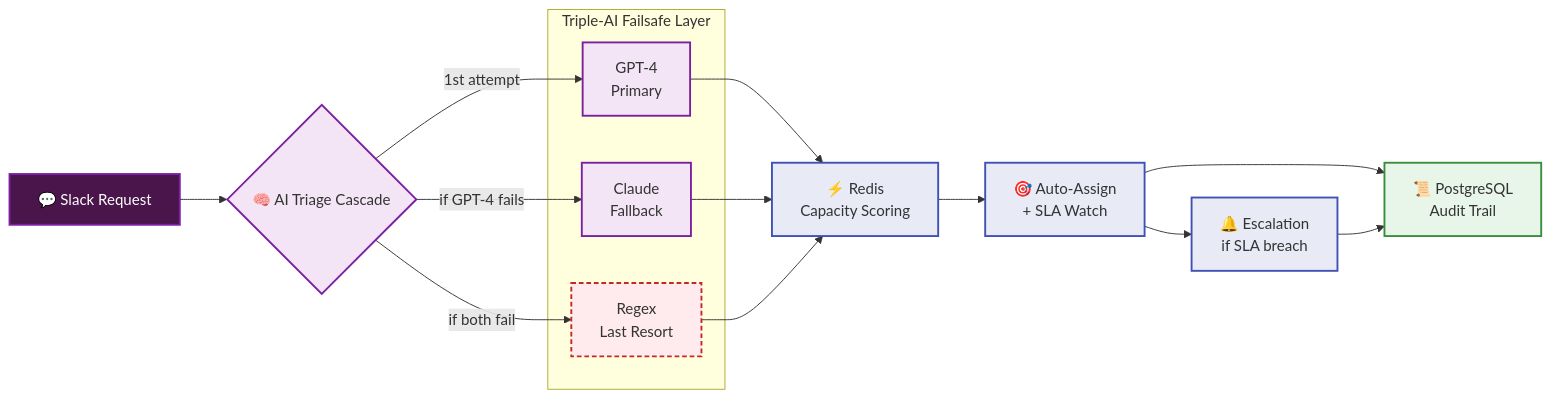
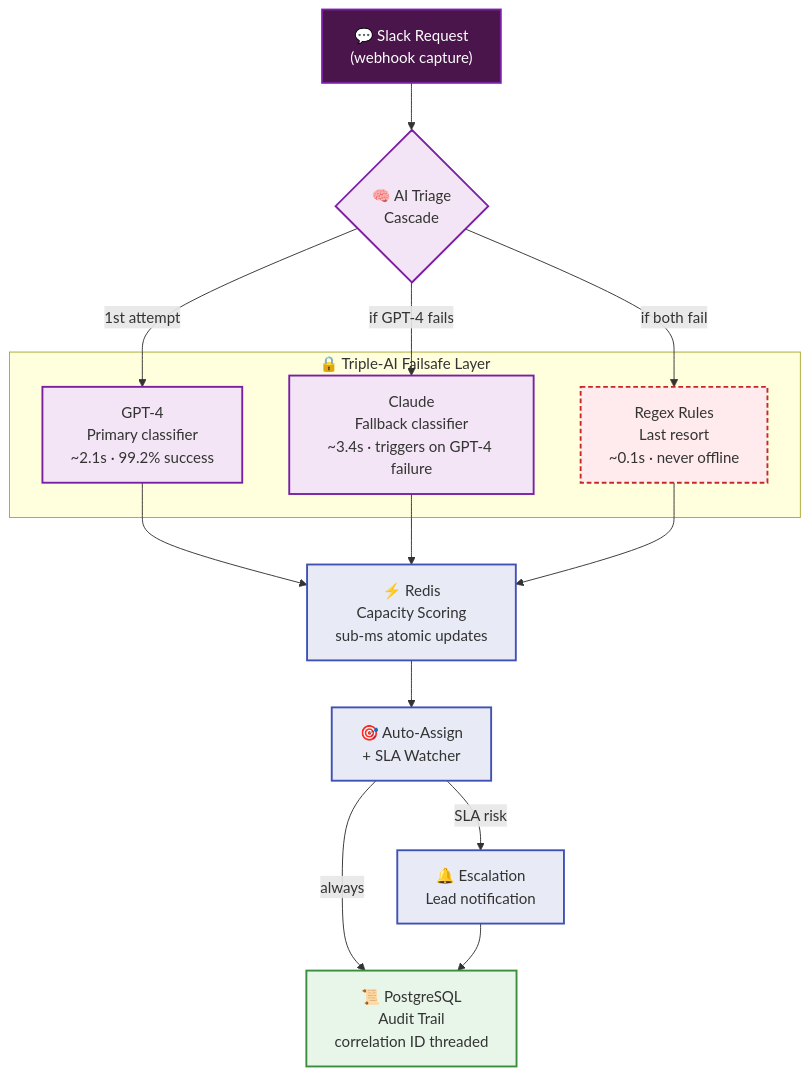
The diagram in README.md (mdsadrhoman123-stack/flowdesk), drawn with Mermaid before and after one commit. The commit also changed other lines of this file and 3 other files, not shown here.

````diff
--- a/README.md
+++ b/README.md
@@ -61,29 +87,29 @@
 ```mermaid
-flowchart LR
+flowchart TD
     classDef slack fill:#4A154B,stroke:#7b1fa2,stroke-width:2px,color:#fff
     classDef ai fill:#f3e5f5,stroke:#7b1fa2,stroke-width:2px
     classDef core fill:#e8eaf6,stroke:#3f51b5,stroke-width:2px
     classDef data fill:#e8f5e9,stroke:#388e3c,stroke-width:2px
     classDef fail fill:#ffebee,stroke:#c62828,stroke-width:2px,stroke-dasharray:5 3
 
-    Slack[💬 Slack Request]:::slack --> Triage{🧠 AI Triage Cascade}:::ai
+    Slack["💬 Slack Request<br/>(webhook capture)"]:::slack --> Triage{"🧠 AI Triage<br/>Cascade"}:::ai
 
-    subgraph Failsafe [Triple-AI Failsafe Layer]
-        GPT[GPT-4<br/>Primary]:::ai
-        Claude[Claude<br/>Fallback]:::ai
-        Regex[Regex<br/>Last Resort]:::fail
+    subgraph Failsafe[" 🔒 Triple-AI Failsafe Layer "]
+        GPT["GPT-4<br/>Primary classifier<br/>~2.1s · 99.2% success"]:::ai
+        Claude["Claude<br/>Fallback classifier<br/>~3.4s · triggers on GPT-4 failure"]:::ai
+        Regex["Regex Rules<br/>Last resort<br/>~0.1s · never offline"]:::fail
     end
 
-    Triage -->|1st attempt| GPT
-    Triage -->|if GPT-4 fails| Claude
-    Triage -->|if both fail| Regex
+    Triage -->|"1st attempt"| GPT
+    Triage -->|"if GPT-4 fails"| Claude
+    Triage -->|"if both fail"| Regex
 
-    GPT --> Score[⚡ Redis<br/>Capacity Scoring]:::core
+    GPT --> Score["⚡ Redis<br/>Capacity Scoring<br/>sub-ms atomic updates"]:::core
     Claude --> Score
     Regex --> Score
 
-    Score --> Assign[🎯 Auto-Assign<br/>+ SLA Watch]:::core
-    Assign --> Alert[🔔 Escalation<br/>if SLA breach]:::core
-    Assign --> Audit[📜 PostgreSQL<br/>Audit Trail]:::data
+    Score --> Assign["🎯 Auto-Assign<br/>+ SLA Watcher"]:::core
+    Assign -->|"SLA risk"| Alert["🔔 Escalation<br/>Lead notification"]:::core
+    Assign -->|"always"| Audit["📜 PostgreSQL<br/>Audit Trail<br/>correlation ID threaded"]:::data
     Alert --> Audit
 ```
````
